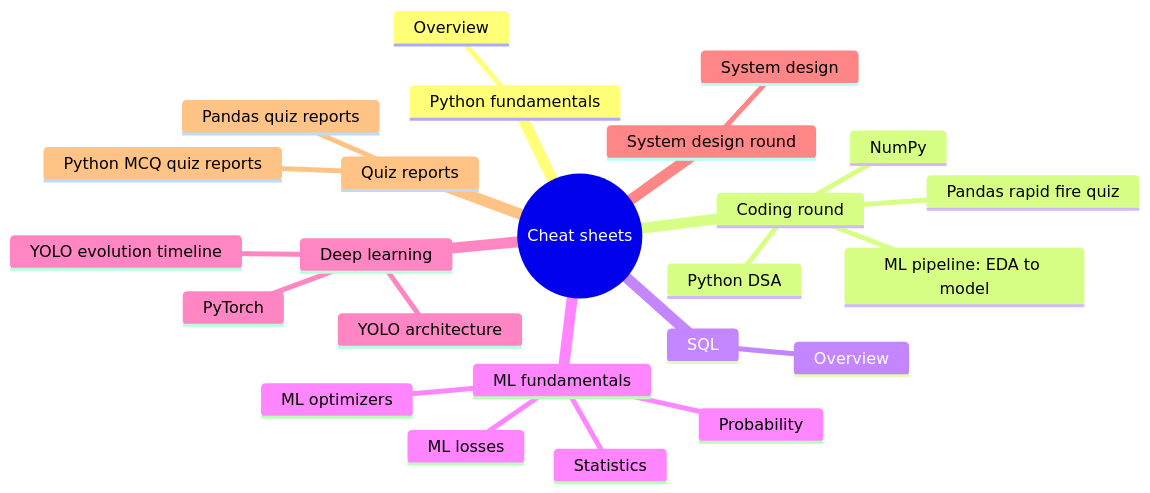
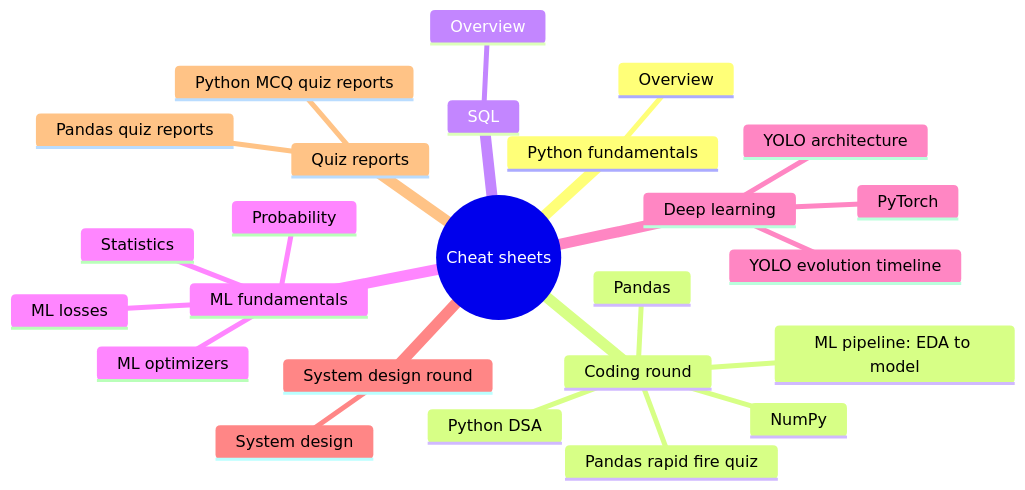
Before and after one commit to prateek-mehra/data-science-cheat-sheets: the diagram in README.md, drawn with Mermaid. The commit also changed other lines of this file and 3 other files, not shown here.

````diff
--- a/README.md
+++ b/README.md
@@ -18,27 +18,28 @@
 ```mermaid
 mindmap
   root((Cheat sheets))
     Python fundamentals
       Overview
     Coding round
       Python DSA
       NumPy
+      Pandas
       ML pipeline: EDA to model
       Pandas rapid fire quiz
     SQL
       Overview
     ML fundamentals
       Probability
       Statistics
       ML optimizers
       ML losses
     Deep learning
       PyTorch
       YOLO architecture
       YOLO evolution timeline
     System design round
       System design
     Quiz reports
       Python MCQ quiz reports
       Pandas quiz reports
 ```
````
